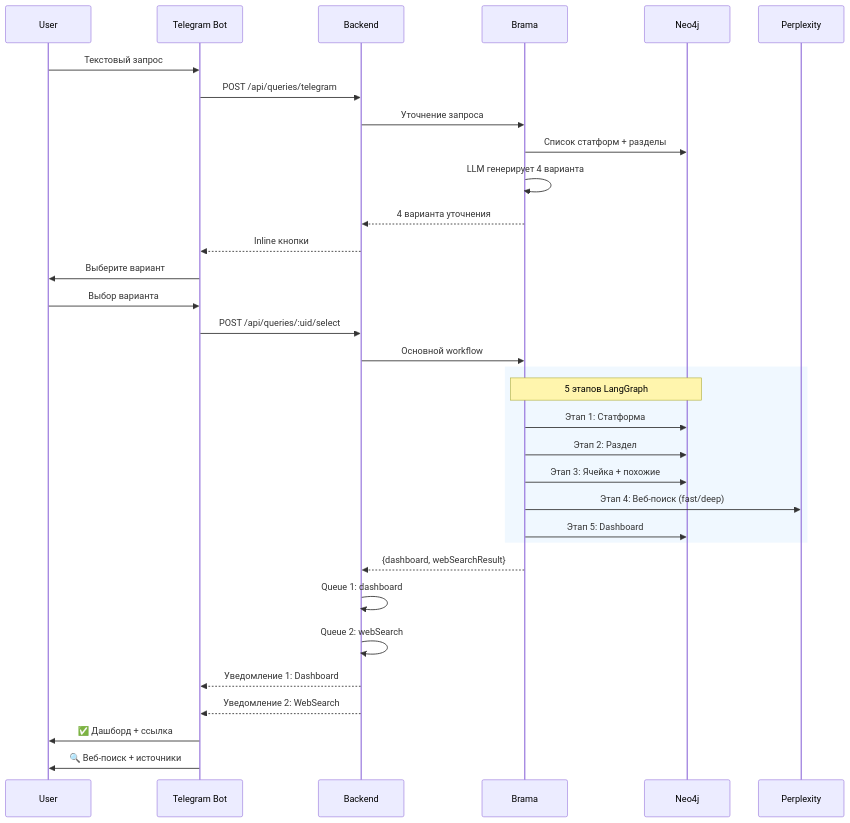
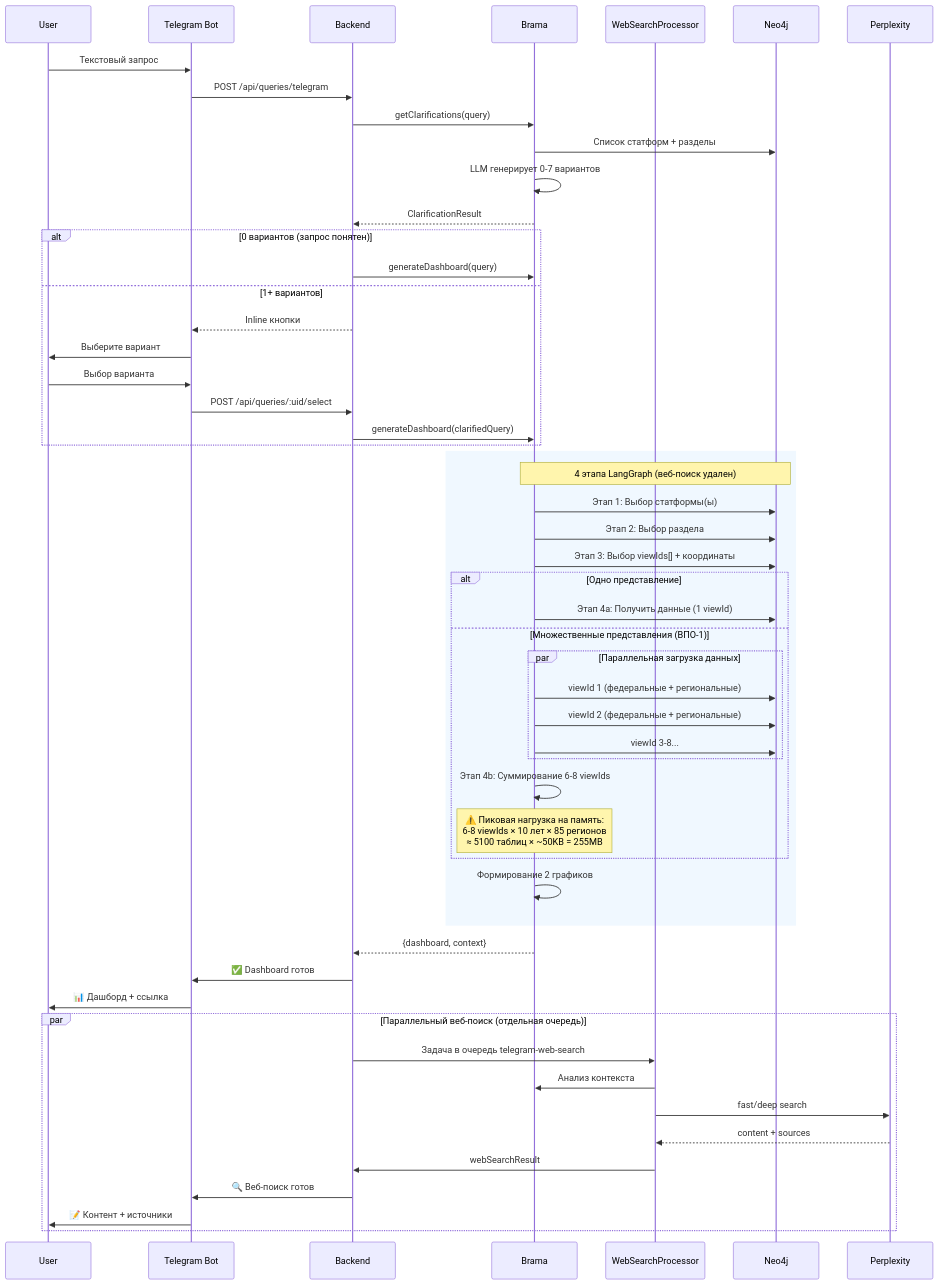
One commit to maq1ee7/ed_analytics changed the first of 4 diagrams in brama/ARCHITECTURE.md. Above: the diagram before and after it, drawn with Mermaid. The commit also changed other lines of this file, not shown here.

````diff
--- a/brama/ARCHITECTURE.md
+++ b/brama/ARCHITECTURE.md
@@ -240,42 +287,64 @@
 ```mermaid
 sequenceDiagram
     participant User
     participant TgBot as Telegram Bot
     participant Backend
     participant Brama
+    participant WebSearchProc as WebSearchProcessor
     participant Neo4j
     participant Perplexity
 
     User->>TgBot: Текстовый запрос
     TgBot->>Backend: POST /api/queries/telegram
-    Backend->>Brama: Уточнение запроса
+    Backend->>Brama: getClarifications(query)
 
     Brama->>Neo4j: Список статформ + разделы
-    Brama->>Brama: LLM генерирует 4 варианта
-    Brama-->>Backend: 4 варианта уточнения
-    Backend-->>TgBot: Inline кнопки
-    TgBot->>User: Выберите вариант
+    Brama->>Brama: LLM генерирует 0-7 вариантов
+    Brama-->>Backend: ClarificationResult
 
-    User->>TgBot: Выбор варианта
-    TgBot->>Backend: POST /api/queries/:uid/select
-    Backend->>Brama: Основной workflow
+    alt 0 вариантов (запрос понятен)
+        Backend->>Brama: generateDashboard(query)
+    else 1+ вариантов
+        Backend-->>TgBot: Inline кнопки
+        TgBot->>User: Выберите вариант
+        User->>TgBot: Выбор варианта
+        TgBot->>Backend: POST /api/queries/:uid/select
+        Backend->>Brama: generateDashboard(clarifiedQuery)
+    end
 
     rect rgb(240, 248, 255)
-        Note over Brama,Neo4j: 5 этапов LangGraph
-        Brama->>Neo4j: Этап 1: Статформа
-        Brama->>Neo4j: Этап 2: Раздел
-        Brama->>Neo4j: Этап 3: Ячейка + похожие
-        Brama->>Perplexity: Этап 4: Веб-поиск (fast/deep)
-        Brama->>Neo4j: Этап 5: Dashboard
+        Note over Brama,Neo4j: 4 этапа LangGraph (веб-поиск удален)
+        Brama->>Neo4j: Этап 1: Выбор статформы(ы)
+        Brama->>Neo4j: Этап 2: Выбор раздела
+        Brama->>Neo4j: Этап 3: Выбор viewIds[] + координаты
+
+        alt Одно представление
+            Brama->>Neo4j: Этап 4a: Получить данные (1 viewId)
+        else Множественные представления (ВПО-1)
+            par Параллельная загрузка данных
+                Brama->>Neo4j: viewId 1 (федеральные + региональные)
+                Brama->>Neo4j: viewId 2 (федеральные + региональные)
+                Brama->>Neo4j: viewId 3-8...
+            end
+            Brama->>Brama: Этап 4b: Суммирование 6-8 viewIds
+            Note over Brama: ⚠️ Пиковая нагрузка на память:<br/>6-8 viewIds × 10 лет × 85 регионов<br/>≈ 5100 таблиц × ~50KB = 255MB
+        end
+
+        Brama->>Brama: Формирование 2 графиков
     end
 
-    Brama-->>Backend: {dashboard, webSearchResult}
-    Backend->>Backend: Queue 1: dashboard
-    Backend->>Backend: Queue 2: webSearch
+    Brama-->>Backend: {dashboard, context}
 
-    Backend-->>TgBot: Уведомление 1: Dashboard
-    Backend-->>TgBot: Уведомление 2: WebSearch
+    Backend->>TgBot: ✅ Dashboard готов
+    TgBot->>User: 📊 Дашборд + ссылка
 
-    TgBot->>User: ✅ Дашборд + ссылка
-    TgBot->>User: 🔍 Веб-поиск + источники
+    par Параллельный веб-поиск (отдельная очередь)
+        Backend->>WebSearchProc: Задача в очередь telegram-web-search
+        WebSearchProc->>Brama: Анализ контекста
+        WebSearchProc->>Perplexity: fast/deep search
+        Perplexity-->>WebSearchProc: content + sources
+        WebSearchProc->>Backend: webSearchResult
+        Backend->>TgBot: 🔍 Веб-поиск готов
+        TgBot->>User: 📝 Контент + источники
+    end
 ```
````
